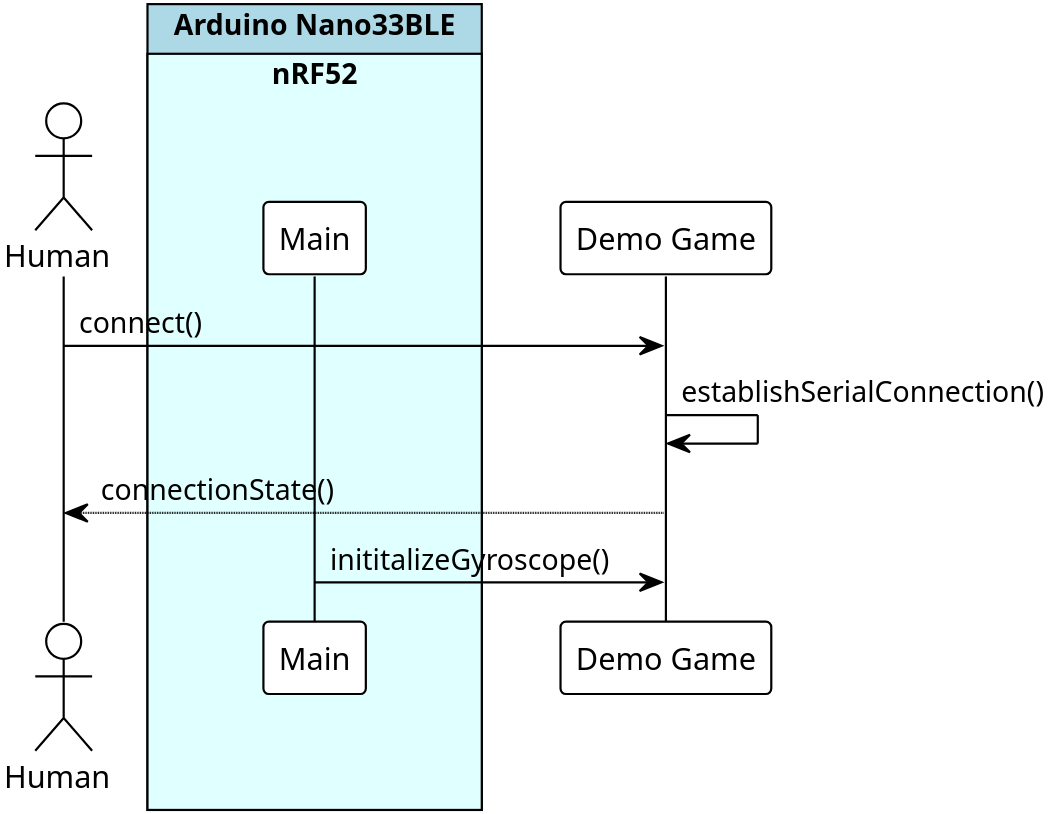
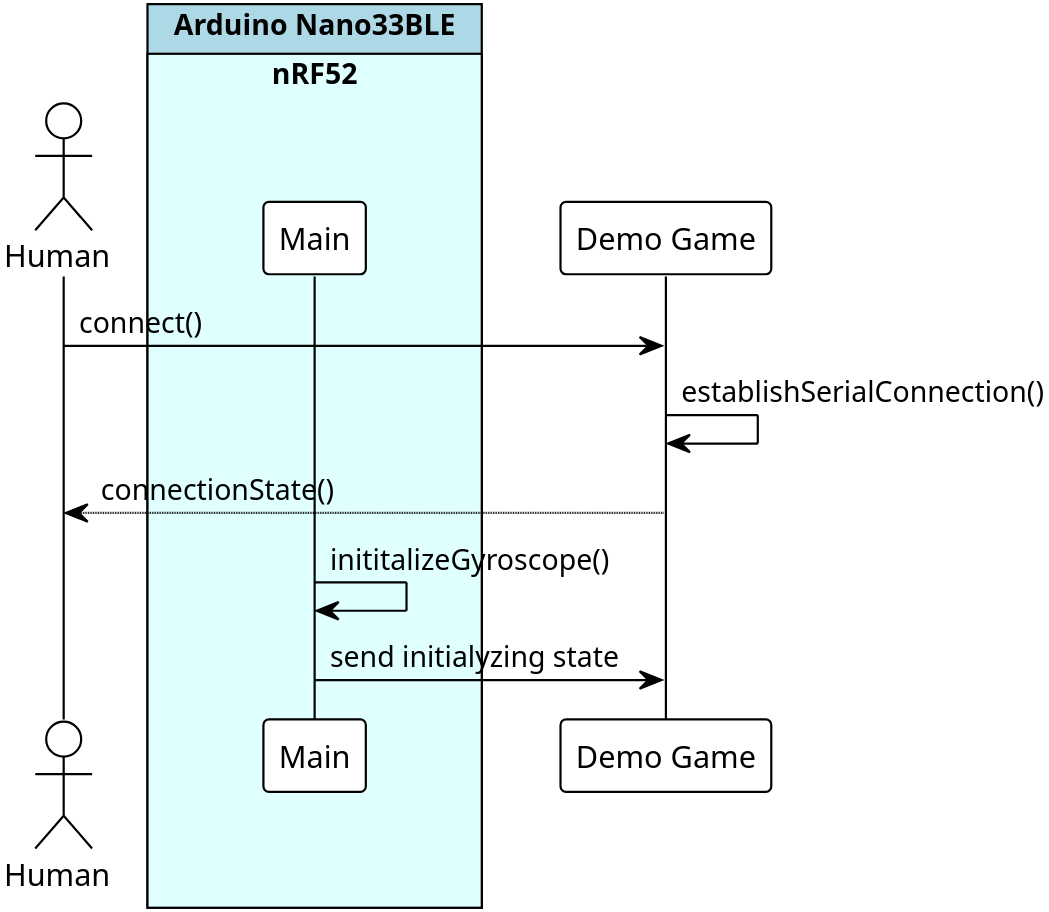
One commit to sirtheta/Drohnensteuerung changed the diagram in docs/content/diagrams/sequence/connect.wsd. Above: the diagram before and after it, drawn with PlantUML. The commit also changed 4 other files, not shown here.

Commit message:
update diagram

```diff
--- a/docs/content/diagrams/sequence/connect.wsd
+++ b/docs/content/diagrams/sequence/connect.wsd
@@ -1,19 +1,20 @@
 @startuml connect
 
 !theme plain
 skinparam dpi 500
 
 !pragma teoz true
 actor       "Human"             as client
 box         "Arduino Nano33BLE" #LightBlue
 box         "nRF52"             #LightCyan
 participant "Main"              as main
 end box
 end box
 participant "Demo Game"         as game
 
 client -> game: connect()
 game -> game: establishSerialConnection()
 game --> client: connectionState()
-main -> game: inititalizeGyroscope()
+main -> main: inititalizeGyroscope()
+main -> game: send initialyzing state
 @enduml
```
